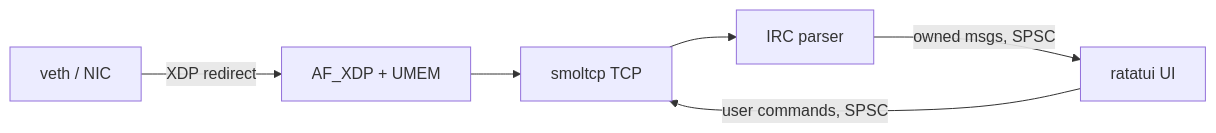
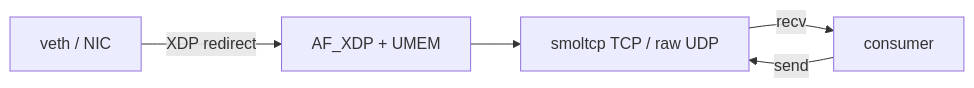
One commit to mikloist/xskip changed the diagram in spec.md. Above: the diagram before and after it, drawn with Mermaid. The commit also changed other lines of this file and 16 other files, not shown here.

````diff
--- a/spec.md
+++ b/spec.md
@@ -19,8 +20,7 @@
 ```mermaid
 flowchart LR
   NIC[veth / NIC] -->|XDP redirect| XSK[AF_XDP + UMEM]
-  XSK --> SMOL[smoltcp TCP]
-  SMOL --> PARSE[IRC parser]
-  PARSE -->|owned msgs, SPSC| UI[ratatui UI]
-  UI -->|user commands, SPSC| SMOL
+  XSK --> L4[smoltcp TCP / raw UDP]
+  L4 -->|recv| APP[consumer]
+  APP -->|send| L4
 ```
````
